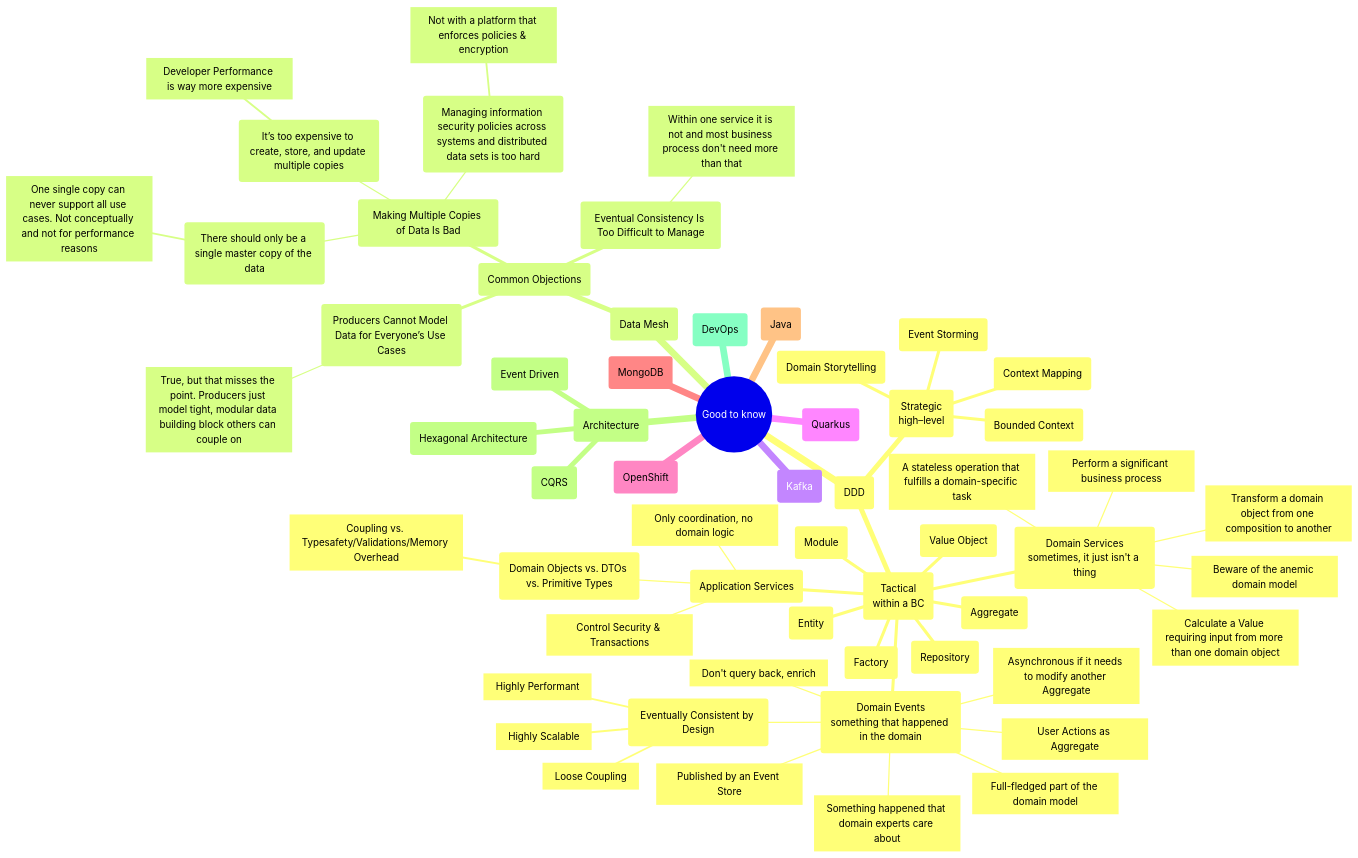
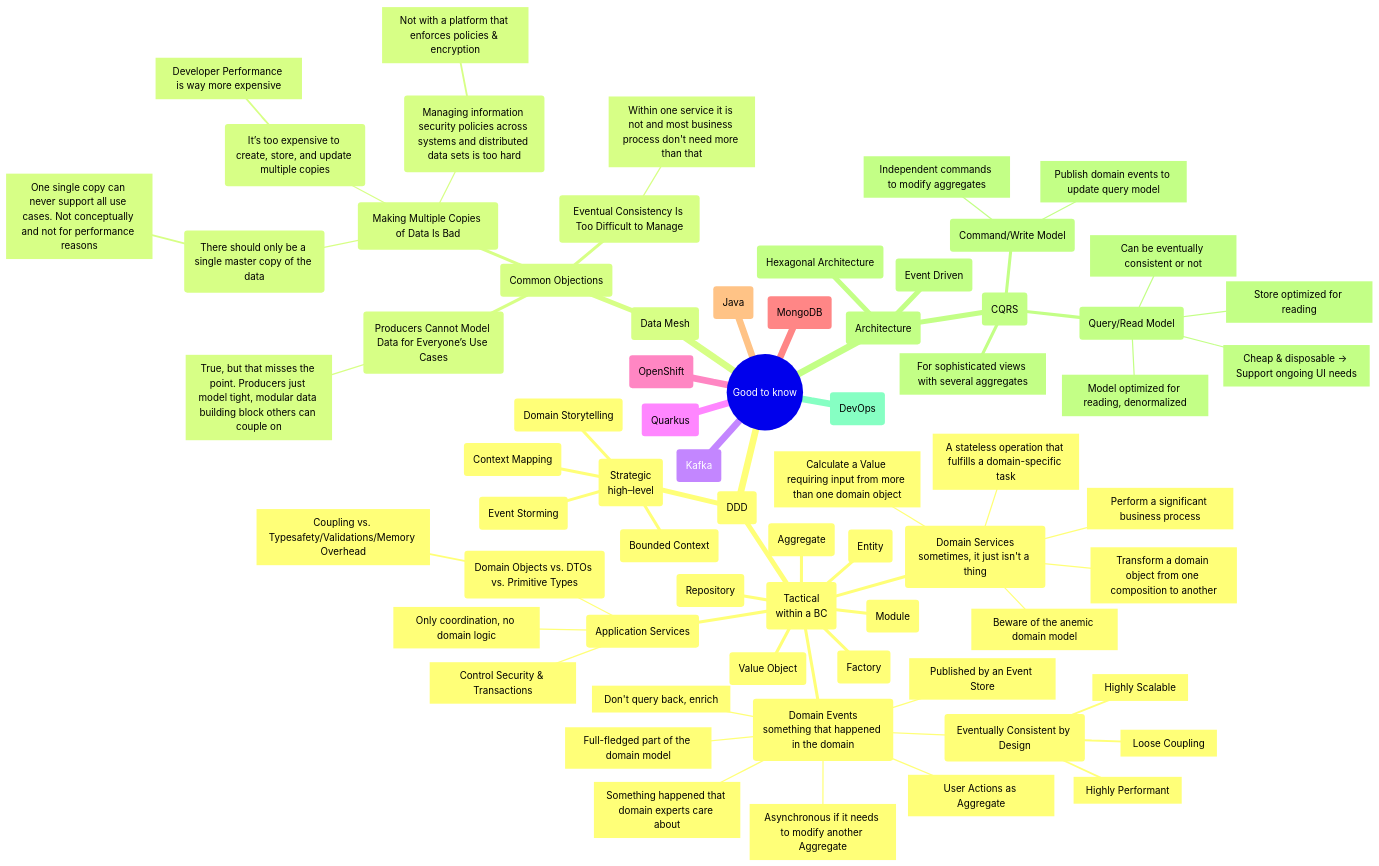
One commit to mhaspra/mindmaps changed the diagram in README.md. Above: the diagram before and after it, drawn with Mermaid.

````diff
--- a/README.md
+++ b/README.md
@@ -2,62 +2,71 @@
 ```mermaid
  mindmap
   root((Good to know))
    (DDD)
     (Strategic<br>high–level)
      (Domain Storytelling)
      (Event Storming)
      (Context Mapping)
      (Bounded Context)
     (Tactical<br>within a BC)
      (Value Object)
      (Entity)
      (Aggregate)
      (Domain Services<br>sometimes, it just isn't a thing)
       [A stateless operation that fulfills a domain-specific task]
       [Perform a significant business process]
       [Transform a domain object from one composition to another]
       [Calculate a Value requiring input from more than one domain object]
       [Beware of the anemic domain model]
      (Domain Events<br>something that happened in the domain)
       [Something happened that domain experts care about]
       [Full-fledged part of the domain model]
       (Eventually Consistent by Design)
        [Loose Coupling]
        [Highly Scalable]
        [Highly Performant]
       [Don't query back, enrich]
       [User Actions as Aggregate]
       [Asynchronous if it needs to modify another Aggregate]
       [Published by an Event Store]
      (Factory)
      (Repository)
      (Module)
      (Application Services)
       [Only coordination, no domain logic]
       [Control Security & Transactions]
       (Domain Objects vs. DTOs vs. Primitive Types)
        [Coupling vs. Typesafety/Validations/Memory Overhead]
    (Data Mesh)
     (Common Objections)
      (Producers Cannot Model Data for Everyone’s Use Cases)
       [True, but that misses the point. Producers just model tight, modular data building block others can couple on]
      (Making Multiple Copies of Data Is Bad)
       (There should only be a single master copy of the data)
        [One single copy can never support all use cases. Not conceptually and not for performance reasons]
       (It’s too expensive to create, store, and update multiple copies)
        [Developer Performance is way more expensive)
       (Managing information security policies across systems and distributed data sets is too hard)
        [Not with a platform that enforces policies & encryption]
      (Eventual Consistency Is Too Difficult to Manage)
       [Within one service it is not and most business process don't need more than that)
    (Kafka)
    (Quarkus)
    (OpenShift)
    (MongoDB)
    (Java)
    (Architecture)
     (Hexagonal Architecture)
     (CQRS)
+     [For sophisticated views with several aggregates]
+     (Command/Write Model)
+      [Independent commands to modify aggregates]
+      [Publish domain events to update query model]
+     (Query/Read Model)
+      [Store optimized for reading]
+      [Model optimized for reading, denormalized]
+      [Cheap & disposable -> Support ongoing UI needs]
+      [Can be eventually consistent or not]
     (Event Driven)
    (DevOps)
 ```
````
